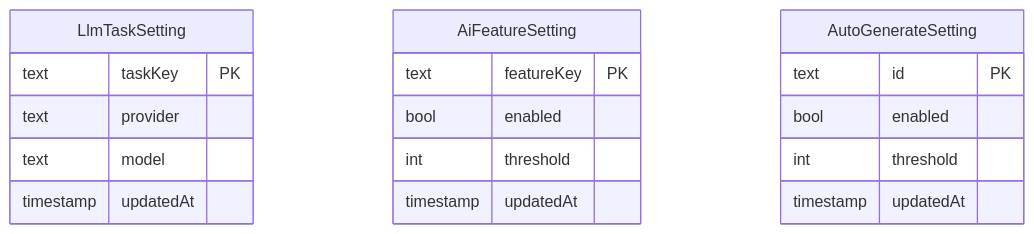
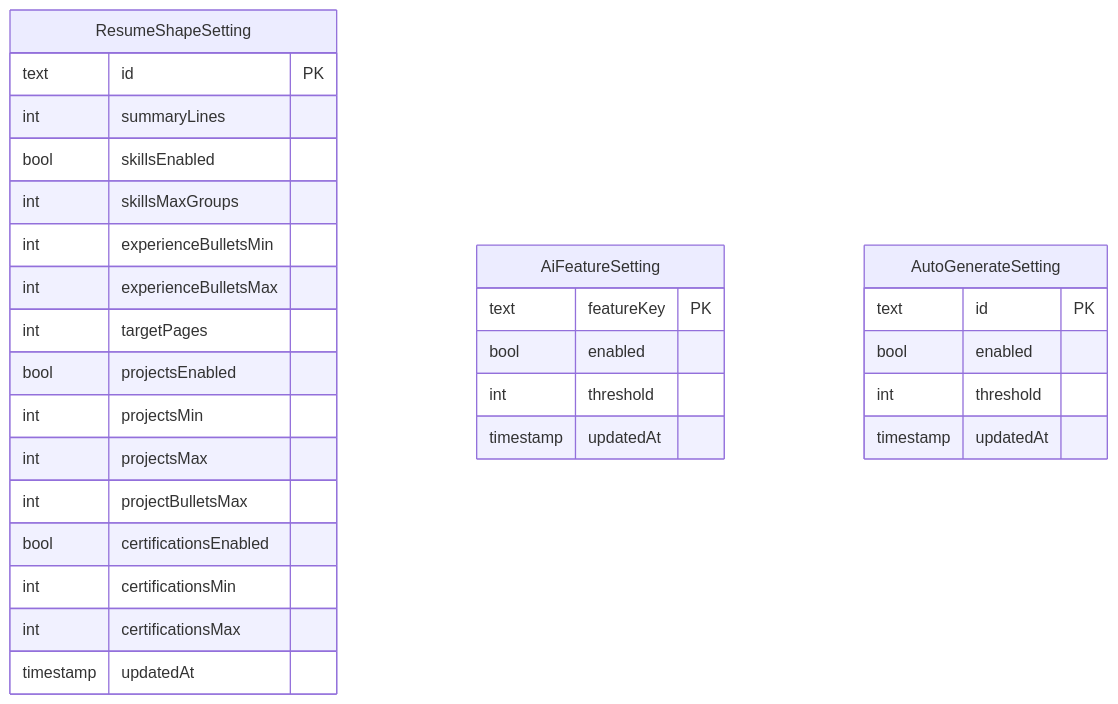
Before and after one commit to nonamecat19/job-finder: the fourth of 8 diagrams in docs/docs/data/schema.md, drawn with Mermaid. The commit also changed other lines of this file and 15 other files, not shown here.

````diff
--- a/docs/docs/data/schema.md
+++ b/docs/docs/data/schema.md
@@ -178,21 +178,32 @@
 ```mermaid
 erDiagram
-    LlmTaskSetting {
-        text taskKey PK
-        text provider
-        text model
+    ResumeShapeSetting {
+        text id PK
+        int summaryLines
+        bool skillsEnabled
+        int skillsMaxGroups
+        int experienceBulletsMin
+        int experienceBulletsMax
+        int targetPages
+        bool projectsEnabled
+        int projectsMin
+        int projectsMax
+        int projectBulletsMax
+        bool certificationsEnabled
+        int certificationsMin
+        int certificationsMax
         timestamp updatedAt
     }
     AiFeatureSetting {
         text featureKey PK
         bool enabled
         int threshold
         timestamp updatedAt
     }
     AutoGenerateSetting {
         text id PK
         bool enabled
         int threshold
         timestamp updatedAt
     }
 ```
````
